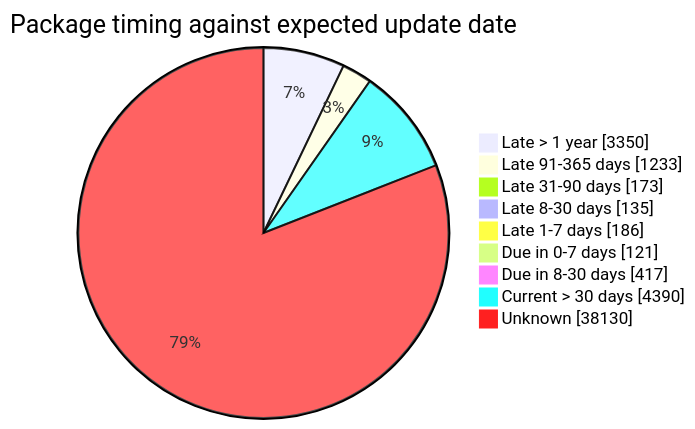
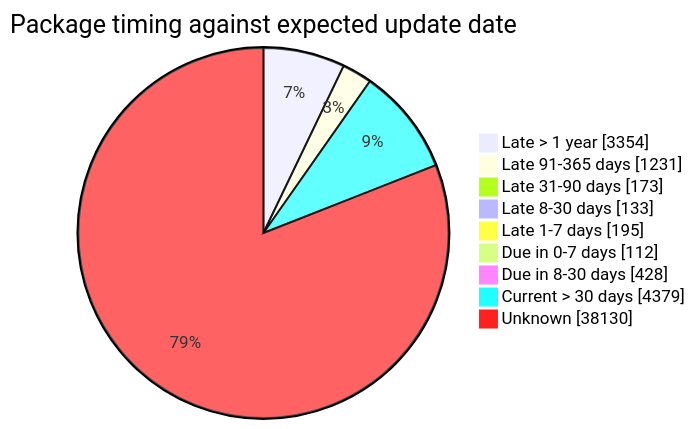
The fourth of 5 diagrams in FreshCheck/README.md (open-data/analytics-corporate-reporting), drawn with Mermaid before and after one commit. The commit also changed other lines of this file and 3 other files, not shown here.

````diff
--- a/FreshCheck/README.md
+++ b/FreshCheck/README.md
@@ -86,12 +86,12 @@
 ```mermaid
 pie showData title Package timing against expected update date
-    "Late > 1 year": 3350
-    "Late 91-365 days": 1233
+    "Late > 1 year": 3354
+    "Late 91-365 days": 1231
     "Late 31-90 days": 173
-    "Late 8-30 days": 135
-    "Late 1-7 days": 186
-    "Due in 0-7 days": 121
-    "Due in 8-30 days": 417
-    "Current > 30 days": 4390
+    "Late 8-30 days": 133
+    "Late 1-7 days": 195
+    "Due in 0-7 days": 112
+    "Due in 8-30 days": 428
+    "Current > 30 days": 4379
     "Unknown": 38130
 ```
````
